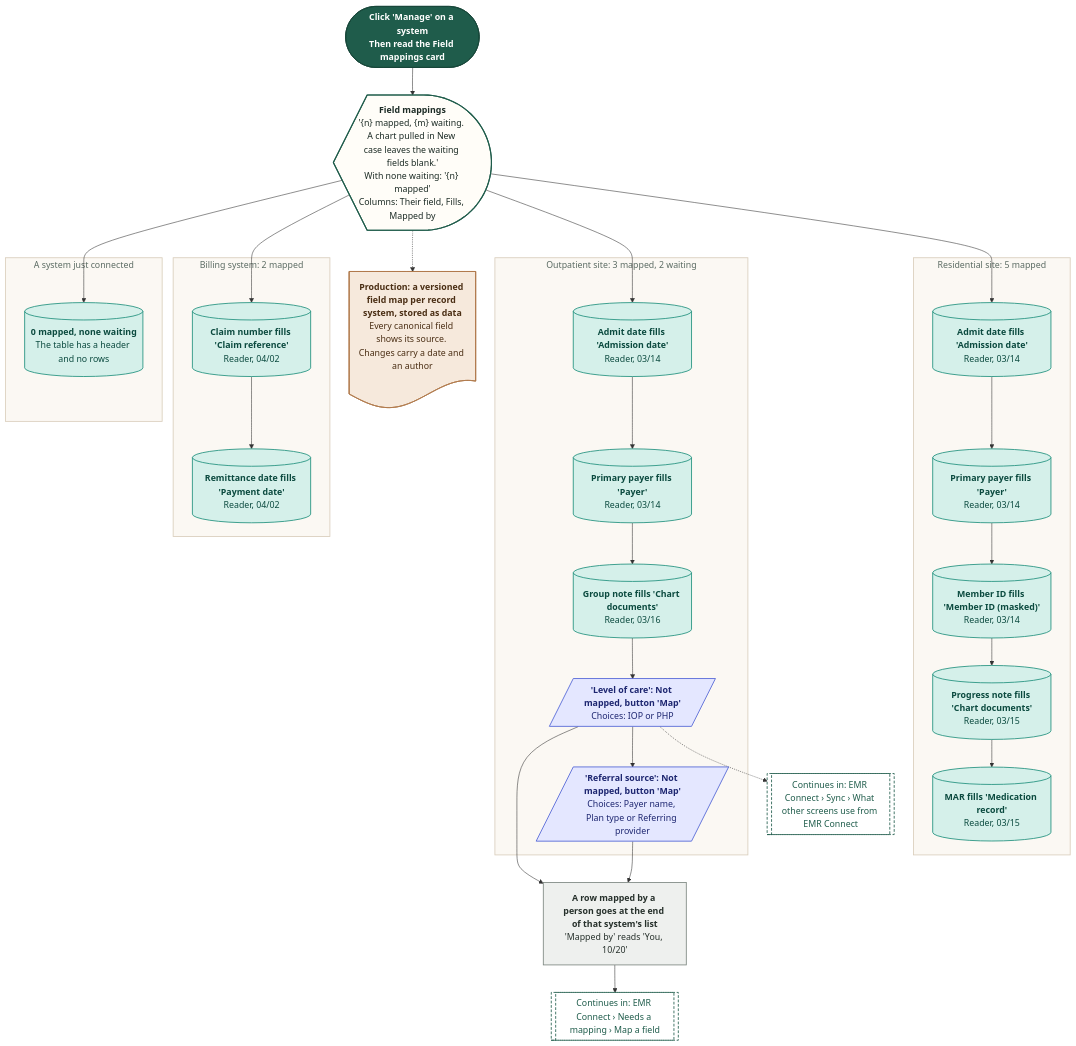
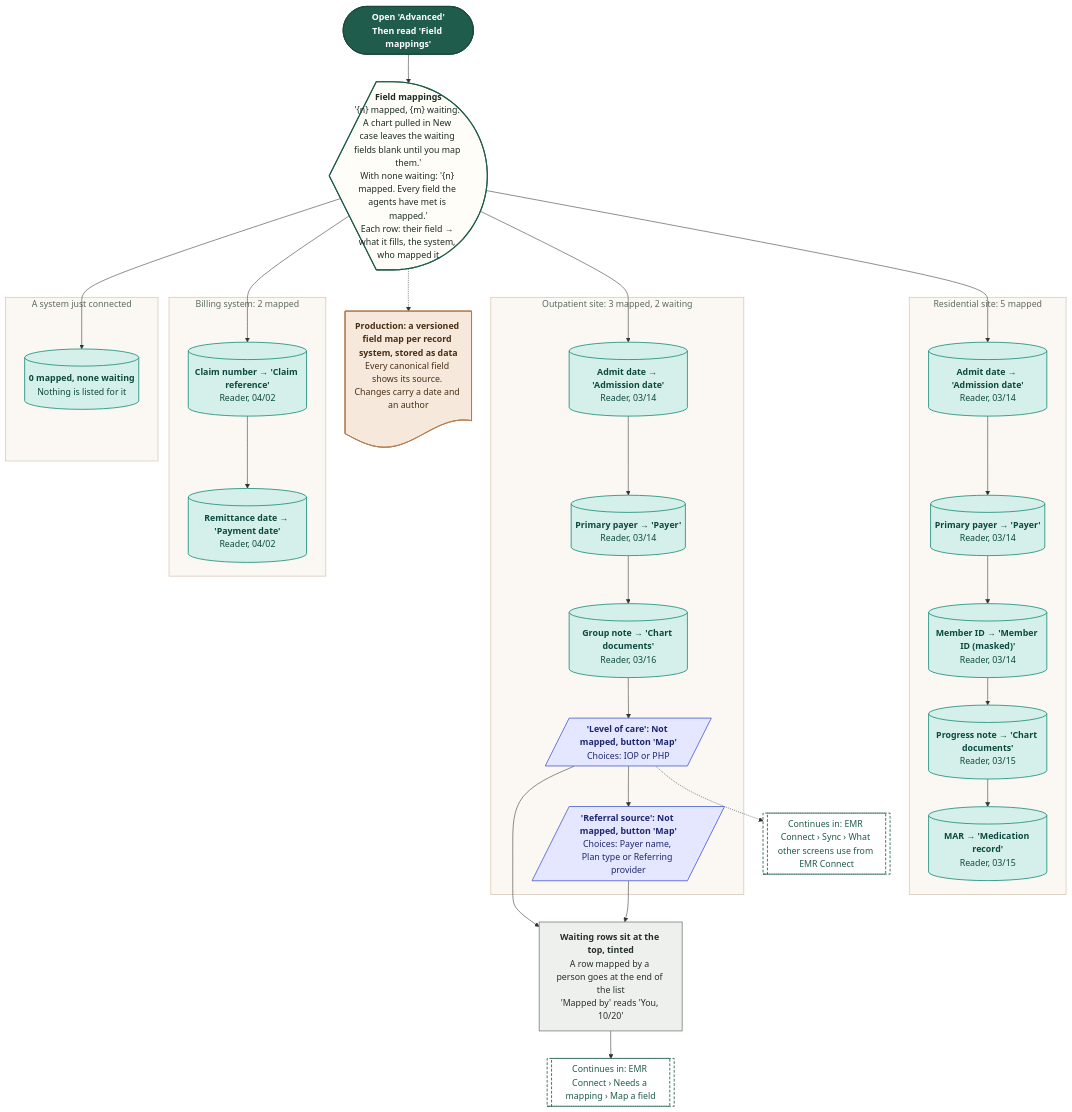
One commit to Shrav143/psyfloapp changed diagram 14 of 20 in demos/prior-auth-demo/workflows/out/md/09-emr-connect.md. Above: the diagram before and after it, drawn with Mermaid. The commit also changed other lines of this file and 192 other files, not shown here.

First line of the commit message:
docs: changelog by sidebar tab; README, diagrams and Settings layout aligned with the refinement; shared InfoTip; referral cost-share line

````diff
--- a/demos/prior-auth-demo/workflows/out/md/09-emr-connect.md
+++ b/demos/prior-auth-demo/workflows/out/md/09-emr-connect.md
@@ -933,68 +1080,68 @@
 ```mermaid
 %%{init: {"theme":"base","themeVariables":{"fontFamily":"'DM Sans', 'Segoe UI', system-ui, sans-serif","fontSize":"15px","lineColor":"#5B6B63","primaryTextColor":"#1C2B25","clusterBkg":"#FBF8F3","clusterBorder":"#D9CDBB","edgeLabelBackground":"#FFFFFF"},"flowchart":{"curve":"basis","nodeSpacing":36,"rankSpacing":48,"padding":12,"htmlLabels":true,"useMaxWidth":false,"wrappingWidth":230}} }%%
 flowchart TD
   classDef k_start fill:#1F5C4B,stroke:#174638,color:#FFFFFF,stroke-width:1.5px,font-weight:600
   classDef k_end fill:#DDEFE3,stroke:#2E7D4F,color:#14502F,stroke-width:1.5px,font-weight:600
   classDef k_endx fill:#FBE3E0,stroke:#C0392B,color:#7A1F16,stroke-width:1.5px,font-weight:600
   classDef k_screen fill:#FFFDF8,stroke:#1F5C4B,color:#1C2B25,stroke-width:2px
   classDef k_overlay fill:#F1F7F3,stroke:#1F5C4B,color:#1C2B25,stroke-width:2px,stroke-dasharray:5 3
   classDef k_click fill:#DCEBFA,stroke:#2F6DB5,color:#12365F,stroke-width:1.5px
   classDef k_input fill:#E4E7FF,stroke:#4C5FD5,color:#1D2670,stroke-width:1.5px
   classDef k_process fill:#EEF0EE,stroke:#7A857F,color:#26302B,stroke-width:1.5px
   classDef k_agent fill:#EEE5FA,stroke:#7A4FC2,color:#341A63,stroke-width:1.5px
   classDef k_decision fill:#FFF0CC,stroke:#D9962B,color:#5C3B00,stroke-width:1.5px
   classDef k_store fill:#D5F0EA,stroke:#1C8E7B,color:#0B4A3F,stroke-width:1.5px
   classDef k_doc fill:#F6E9DC,stroke:#B07A4C,color:#4A2E14,stroke-width:1.5px
   classDef k_ext fill:#FFE6D2,stroke:#E07B39,color:#6B2F06,stroke-width:1.5px
   classDef k_wait fill:#E4E8EE,stroke:#6B7C93,color:#26303D,stroke-width:1.5px
   classDef k_toast fill:#FFF9DB,stroke:#C9A400,color:#5A4A00,stroke-width:1.5px
   classDef k_goto fill:#FFFFFF,stroke:#1F5C4B,color:#1F5C4B,stroke-width:1.5px,stroke-dasharray:5 3
-  s1@{ shape: stadium, label: "<b>Click 'Manage' on a system</b><br/>Then read the Field mappings card" }
-  t0@{ shape: curv-trap, label: "<b>Field mappings</b><br/>'{n} mapped, {m} waiting. A chart pulled in New case leaves the waiting fields blank.'<br/>With none waiting: '{n} mapped'<br/>Columns: Their field, Fills, Mapped by" }
+  s1@{ shape: stadium, label: "<b>Open 'Advanced'</b><br/>Then read 'Field mappings'" }
+  t0@{ shape: curv-trap, label: "<b>Field mappings</b><br/>'{n} mapped, {m} waiting. A chart pulled in New case leaves the waiting fields blank until you map them.'<br/>With none waiting: '{n} mapped. Every field the agents have met is mapped.'<br/>Each row: their field → what it fills, the system, who mapped it" }
   subgraph gRes ["Residential site: 5 mapped"]
-  r1@{ shape: cyl, label: "<b>Admit date fills 'Admission date'</b><br/>Reader, 03/14" }
-  r2@{ shape: cyl, label: "<b>Primary payer fills 'Payer'</b><br/>Reader, 03/14" }
-  r3@{ shape: cyl, label: "<b>Member ID fills 'Member ID (masked)'</b><br/>Reader, 03/14" }
-  r4@{ shape: cyl, label: "<b>Progress note fills 'Chart documents'</b><br/>Reader, 03/15" }
-  r5@{ shape: cyl, label: "<b>MAR fills 'Medication record'</b><br/>Reader, 03/15" }
+  r1@{ shape: cyl, label: "<b>Admit date → 'Admission date'</b><br/>Reader, 03/14" }
+  r2@{ shape: cyl, label: "<b>Primary payer → 'Payer'</b><br/>Reader, 03/14" }
+  r3@{ shape: cyl, label: "<b>Member ID → 'Member ID (masked)'</b><br/>Reader, 03/14" }
+  r4@{ shape: cyl, label: "<b>Progress note → 'Chart documents'</b><br/>Reader, 03/15" }
+  r5@{ shape: cyl, label: "<b>MAR → 'Medication record'</b><br/>Reader, 03/15" }
   end
   subgraph gOut ["Outpatient site: 3 mapped, 2 waiting"]
-  o1@{ shape: cyl, label: "<b>Admit date fills 'Admission date'</b><br/>Reader, 03/14" }
-  o2@{ shape: cyl, label: "<b>Primary payer fills 'Payer'</b><br/>Reader, 03/14" }
-  o3@{ shape: cyl, label: "<b>Group note fills 'Chart documents'</b><br/>Reader, 03/16" }
+  o1@{ shape: cyl, label: "<b>Admit date → 'Admission date'</b><br/>Reader, 03/14" }
+  o2@{ shape: cyl, label: "<b>Primary payer → 'Payer'</b><br/>Reader, 03/14" }
+  o3@{ shape: cyl, label: "<b>Group note → 'Chart documents'</b><br/>Reader, 03/16" }
   w1@{ shape: lean-r, label: "<b>'Level of care': Not mapped, button 'Map'</b><br/>Choices: IOP or PHP" }
   w2@{ shape: lean-r, label: "<b>'Referral source': Not mapped, button 'Map'</b><br/>Choices: Payer name, Plan type or Referring provider" }
   end
   subgraph gBill ["Billing system: 2 mapped"]
-  b1@{ shape: cyl, label: "<b>Claim number fills 'Claim reference'</b><br/>Reader, 04/02" }
-  b2@{ shape: cyl, label: "<b>Remittance date fills 'Payment date'</b><br/>Reader, 04/02" }
+  b1@{ shape: cyl, label: "<b>Claim number → 'Claim reference'</b><br/>Reader, 04/02" }
+  b2@{ shape: cyl, label: "<b>Remittance date → 'Payment date'</b><br/>Reader, 04/02" }
   end
   subgraph gNew ["A system just connected"]
-  n1@{ shape: cyl, label: "<b>0 mapped, none waiting</b><br/>The table has a header and no rows" }
+  n1@{ shape: cyl, label: "<b>0 mapped, none waiting</b><br/>Nothing is listed for it" }
   end
-  c1@{ shape: rect, label: "<b>A row mapped by a person goes at the end of that system's list</b><br/>'Mapped by' reads 'You, 10/20'" }
+  c1@{ shape: rect, label: "<b>Waiting rows sit at the top, tinted</b><br/>A row mapped by a person goes at the end of the list<br/>'Mapped by' reads 'You, 10/20'" }
   d1@{ shape: doc, label: "<b>Production: a versioned field map per record system, stored as data</b><br/>Every canonical field shows its source. Changes carry a date and an author" }
   g1@{ shape: subproc, label: "Continues in: EMR Connect › Needs a mapping › Map a field" }
   g2@{ shape: subproc, label: "Continues in: EMR Connect › Sync › What other screens use from EMR Connect" }
   s1 --> t0
   t0 --> r1 & o1 & b1 & n1
   r1 --> r2 --> r3 --> r4 --> r5
   o1 --> o2 --> o3 --> w1 --> w2
   b1 --> b2
   w1 --> c1
   w2 --> c1
   c1 --> g1
   w1 -.-> g2
   t0 -.-> d1
   class s1 k_start
   class t0 k_screen
   class r1,r2,r3,r4,r5,o1,o2,o3,b1,b2,n1 k_store
   class w1,w2 k_input
   class c1 k_process
   class d1 k_doc
   class g1,g2 k_goto
   style gRes fill:#FBF8F3,stroke:#D9CDBB,stroke-width:1.5px,color:#5B6B63
   style gOut fill:#FBF8F3,stroke:#D9CDBB,stroke-width:1.5px,color:#5B6B63
   style gBill fill:#FBF8F3,stroke:#D9CDBB,stroke-width:1.5px,color:#5B6B63
   style gNew fill:#FBF8F3,stroke:#D9CDBB,stroke-width:1.5px,color:#5B6B63
 ```
````
